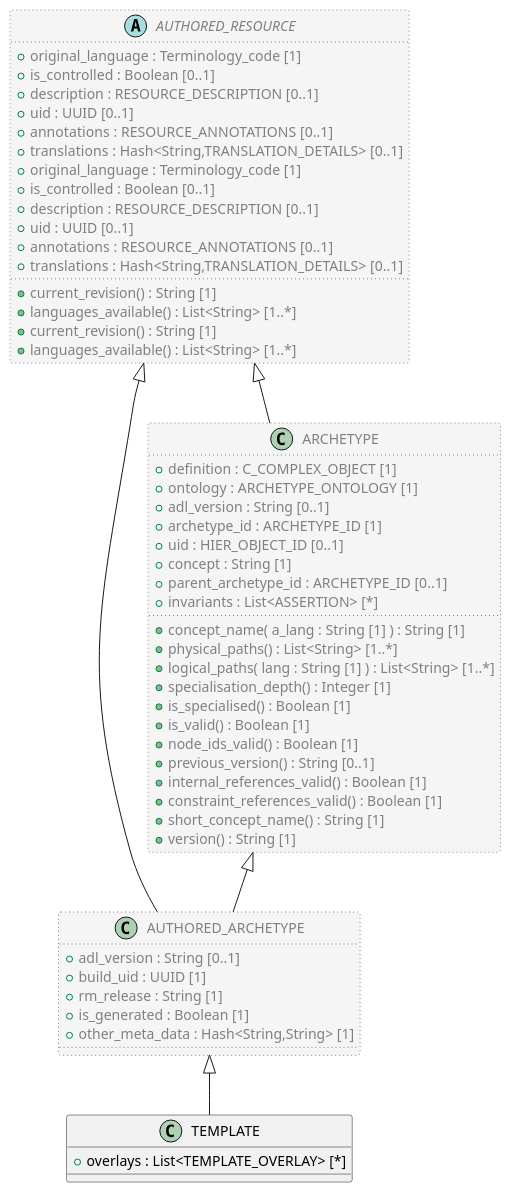
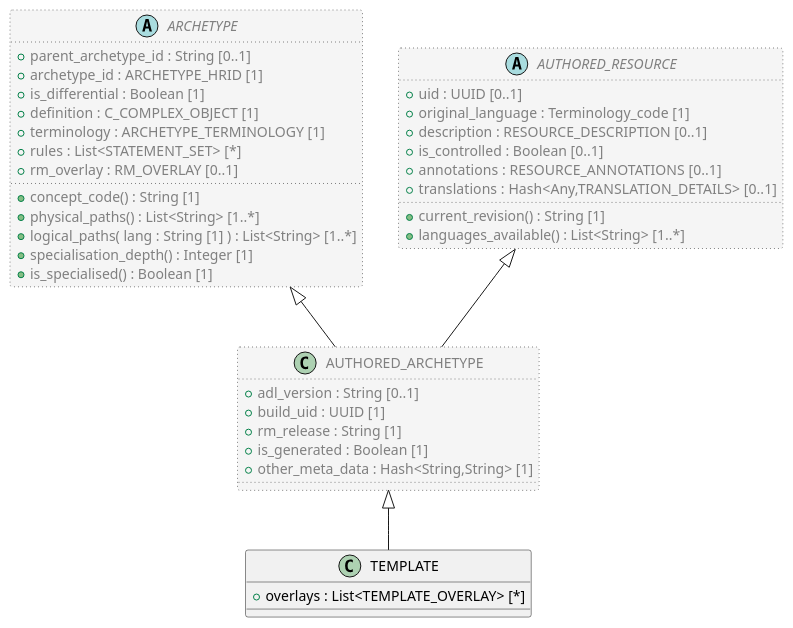
Before and after one commit to sebastian-iancu/code-generator: the diagram in code/Adoc/openehr_am_2.4.0/plantUML/classes/org.openehr.am.aom2.template.adoc, drawn with PlantUML. The commit also changed 719 other files, not shown here.

```diff
--- a/code/Adoc/openehr_am_2.4.0/plantUML/classes/org.openehr.am.aom2.template.adoc
+++ b/code/Adoc/openehr_am_2.4.0/plantUML/classes/org.openehr.am.aom2.template.adoc
@@ -1,72 +1,51 @@
 [plantuml,TEMPLATE,format=svg,svg-type="inline"]
 -----
 @startuml
 
 class TEMPLATE {
   + overlays : List<TEMPLATE_OVERLAY> [*]
 }
 
 class AUTHORED_ARCHETYPE  #whitesmoke;line:gray;line.dotted;text:gray {
   + adl_version : String [0..1]
   + build_uid : UUID [1]
   + rm_release : String [1]
   + is_generated : Boolean [1]
   + other_meta_data : Hash<String,String> [1]
 }
 
-class ARCHETYPE  #whitesmoke;line:gray;line.dotted;text:gray {
+abstract class ARCHETYPE  #whitesmoke;line:gray;line.dotted;text:gray {
+  + parent_archetype_id : String [0..1]
+  + archetype_id : ARCHETYPE_HRID [1]
+  + is_differential : Boolean [1]
   + definition : C_COMPLEX_OBJECT [1]
-  + ontology : ARCHETYPE_ONTOLOGY [1]
-  + adl_version : String [0..1]
-  + archetype_id : ARCHETYPE_ID [1]
-  + uid : HIER_OBJECT_ID [0..1]
-  + concept : String [1]
-  + parent_archetype_id : ARCHETYPE_ID [0..1]
-  + invariants : List<ASSERTION> [*]
-  + concept_name( a_lang : String [1] ) : String [1]
+  + terminology : ARCHETYPE_TERMINOLOGY [1]
+  + rules : List<STATEMENT_SET> [*]
+  + rm_overlay : RM_OVERLAY [0..1]
+  + concept_code() : String [1]
   + physical_paths() : List<String> [1..*]
   + logical_paths( lang : String [1] ) : List<String> [1..*]
   + specialisation_depth() : Integer [1]
   + is_specialised() : Boolean [1]
-  + is_valid() : Boolean [1]
-  + node_ids_valid() : Boolean [1]
-  + previous_version() : String [0..1]
-  + internal_references_valid() : Boolean [1]
-  + constraint_references_valid() : Boolean [1]
-  + short_concept_name() : String [1]
-  + version() : String [1]
 }
-
-abstract class AUTHORED_RESOURCE  #whitesmoke;line:gray;line.dotted;text:gray {
-  + original_language : Terminology_code [1]
-  + is_controlled : Boolean [0..1]
-  + description : RESOURCE_DESCRIPTION [0..1]
-  + uid : UUID [0..1]
-  + annotations : RESOURCE_ANNOTATIONS [0..1]
-  + translations : Hash<String,TRANSLATION_DETAILS> [0..1]
-  + current_revision() : String [1]
-  + languages_available() : List<String> [1..*]
-}
-
-AUTHORED_RESOURCE <|-- ARCHETYPE
 
 ARCHETYPE <|-- AUTHORED_ARCHETYPE
 
 abstract class AUTHORED_RESOURCE  #whitesmoke;line:gray;line.dotted;text:gray {
+  + uid : UUID [0..1]
   + original_language : Terminology_code [1]
+  + description : RESOURCE_DESCRIPTION [0..1]
   + is_controlled : Boolean [0..1]
-  + description : RESOURCE_DESCRIPTION [0..1]
-  + uid : UUID [0..1]
   + annotations : RESOURCE_ANNOTATIONS [0..1]
-  + translations : Hash<String,TRANSLATION_DETAILS> [0..1]
+  + translations : Hash<Any,TRANSLATION_DETAILS> [0..1]
   + current_revision() : String [1]
   + languages_available() : List<String> [1..*]
 }
 
 AUTHORED_RESOURCE <|-- AUTHORED_ARCHETYPE
 
 AUTHORED_ARCHETYPE <|-- TEMPLATE
 
 
 @enduml
 -----
```
